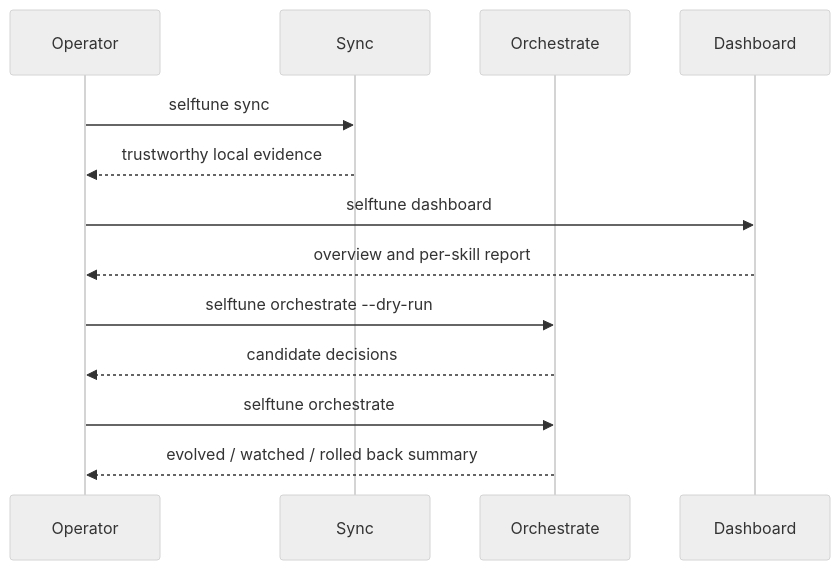
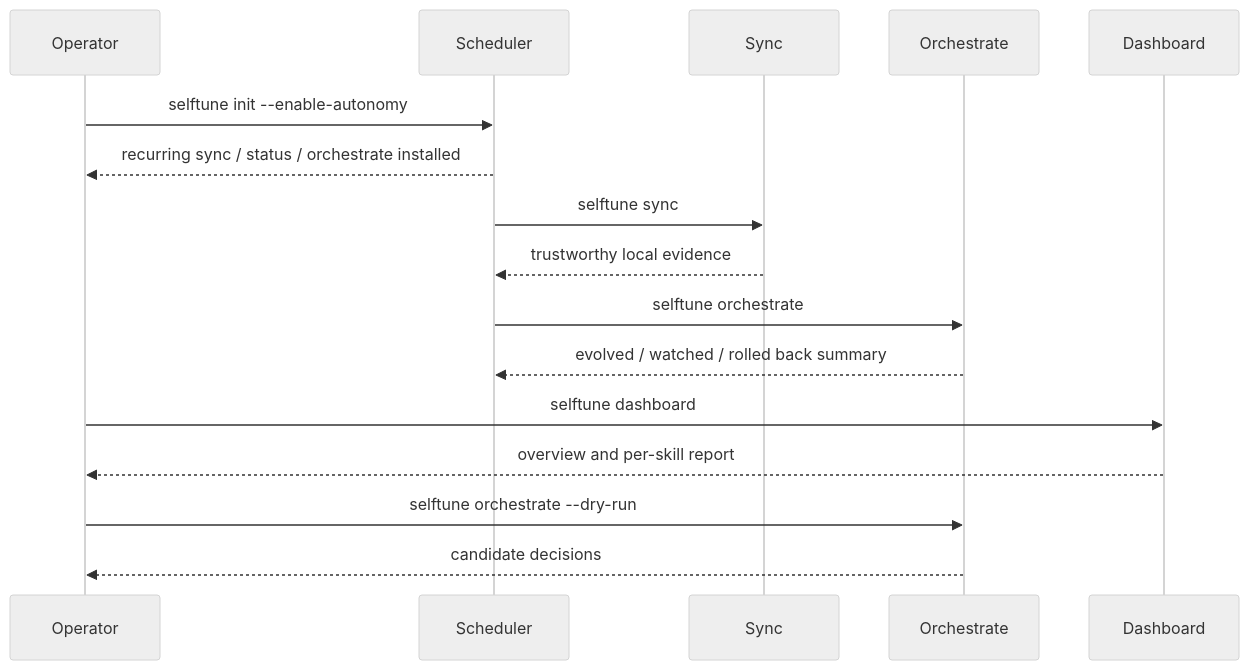
The diagram in docs/operator-guide.md (selftune-dev/selftune), drawn with Mermaid (neutral theme) before and after one commit. The commit also changed other lines of this file and 7 other files, not shown here.

First line of the commit message:
docs: align docs and skill workflows with autonomy-first operator path

````diff
--- a/docs/operator-guide.md
+++ b/docs/operator-guide.md
@@ -19,16 +20,19 @@
 ```mermaid
 sequenceDiagram
   participant Operator
+  participant Scheduler
   participant Sync
   participant Orchestrate
   participant Dashboard
 
-  Operator->>Sync: selftune sync
-  Sync-->>Operator: trustworthy local evidence
+  Operator->>Scheduler: selftune init --enable-autonomy
+  Scheduler-->>Operator: recurring sync / status / orchestrate installed
+  Scheduler->>Sync: selftune sync
+  Sync-->>Scheduler: trustworthy local evidence
+  Scheduler->>Orchestrate: selftune orchestrate
+  Orchestrate-->>Scheduler: evolved / watched / rolled back summary
   Operator->>Dashboard: selftune dashboard
   Dashboard-->>Operator: overview and per-skill report
   Operator->>Orchestrate: selftune orchestrate --dry-run
   Orchestrate-->>Operator: candidate decisions
-  Operator->>Orchestrate: selftune orchestrate
-  Orchestrate-->>Operator: evolved / watched / rolled back summary
 ```
````
